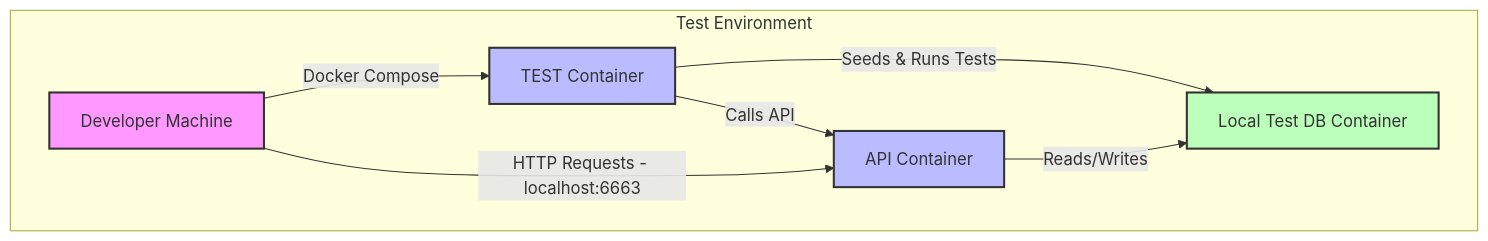
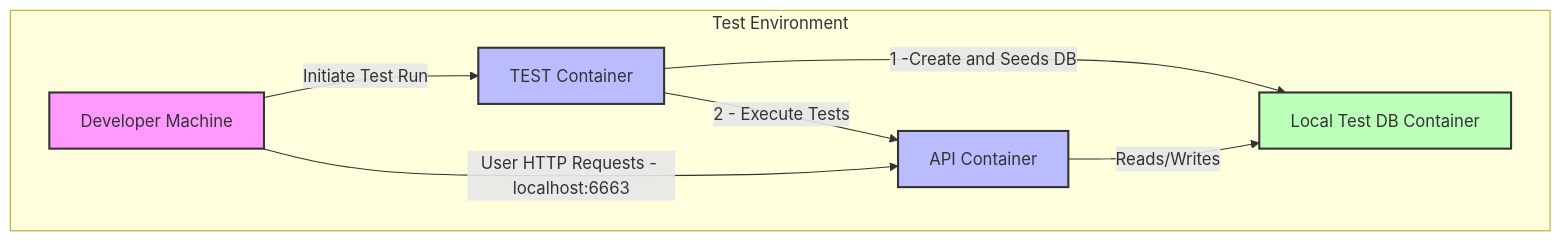
The second of 2 diagrams in api-demo/README.md (justinl-y/demo-platform), drawn with Mermaid before and after one commit. The commit also changed other lines of this file and 3 other files, not shown here.

````diff
--- a/api-demo/README.md
+++ b/api-demo/README.md
@@ -36,18 +35,18 @@
 ```mermaid
 flowchart TB
     subgraph Test Environment
         E[Developer Machine]
 
-        E -->|Docker Compose| F[TEST Container]
-        E -->|HTTP Requests - localhost:6663| H[API Container]
+        E -->|Initiate Test Run| F[TEST Container]
+        E -->|User HTTP Requests - localhost:6663| H[API Container]
 
-        F -->|Seeds & Runs Tests| G[Local Test DB Container]
-        F -->|Calls API| H
+        F -->|1 -Create and Seeds DB| G[Local Test DB Container]
+        F -->|2 - Execute Tests| H
         H -->|Reads/Writes| G
     end
 
     style E fill:#f9f,stroke:#333,stroke-width:2px
     style F fill:#bbf,stroke:#333,stroke-width:2px
     style G fill:#bfb,stroke:#333,stroke-width:2px
     style H fill:#bbf,stroke:#333,stroke-width:2px
 ```
````
